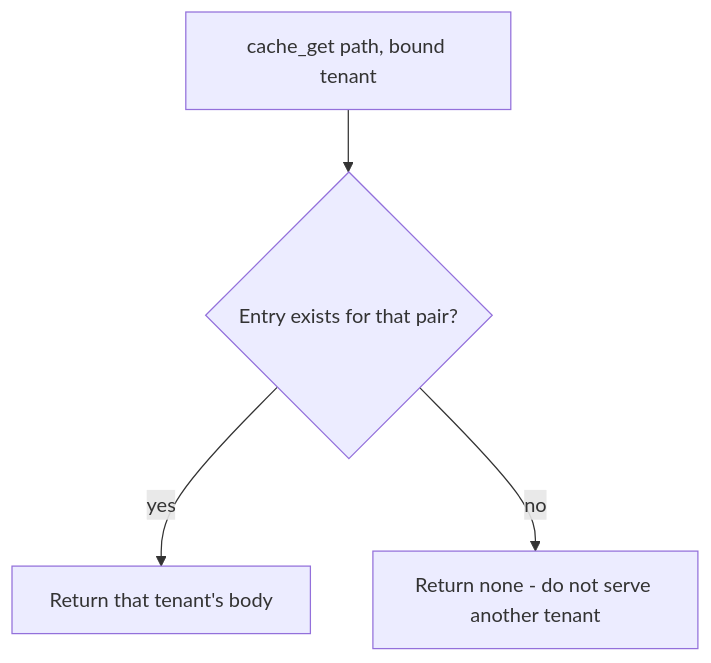
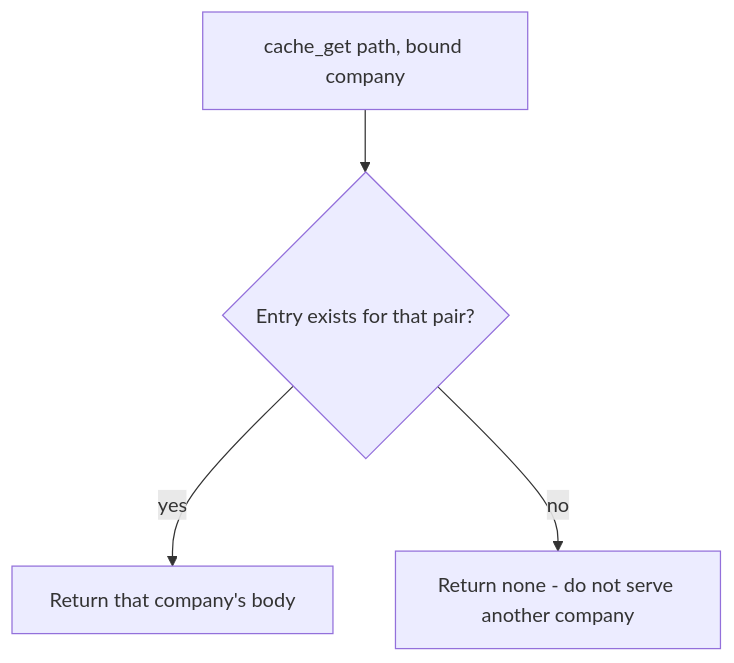
One commit to ishitvagoel/LearnSecurity changed the diagram in content/modules/2/2.2/lessons/04-build.md. Above: the diagram before and after it, drawn with Mermaid. The commit also changed other lines of this file and 7 other files, not shown here.

````diff
--- a/content/modules/2/2.2/lessons/04-build.md
+++ b/content/modules/2/2.2/lessons/04-build.md
@@ -13,6 +14,6 @@
 ```mermaid
 flowchart TD
-  Get["cache_get path, bound tenant"] --> Hit{Entry exists for that pair?}
-  Hit -->|yes| Body[Return that tenant's body]
-  Hit -->|no| Miss["Return none - do not serve another tenant"]
+  Get["cache_get path, bound company"] --> Hit{Entry exists for that pair?}
+  Hit -->|yes| Body[Return that company's body]
+  Hit -->|no| Miss["Return none - do not serve another company"]
 ```
````
